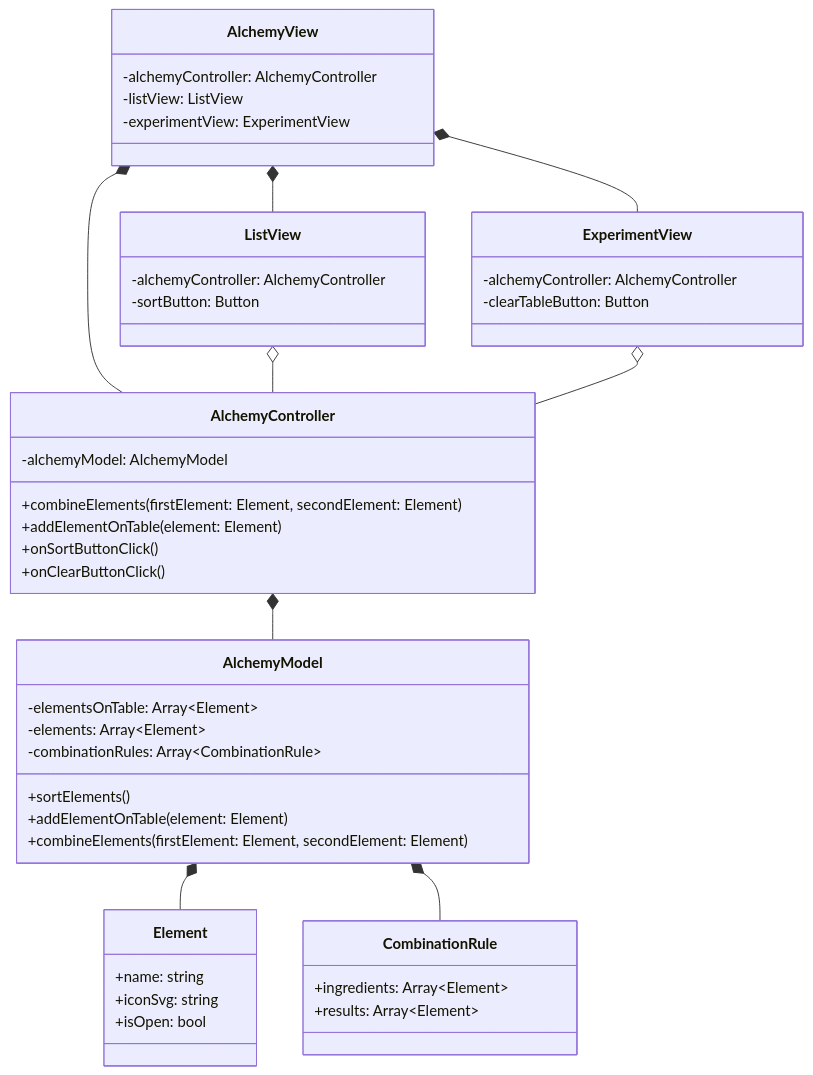
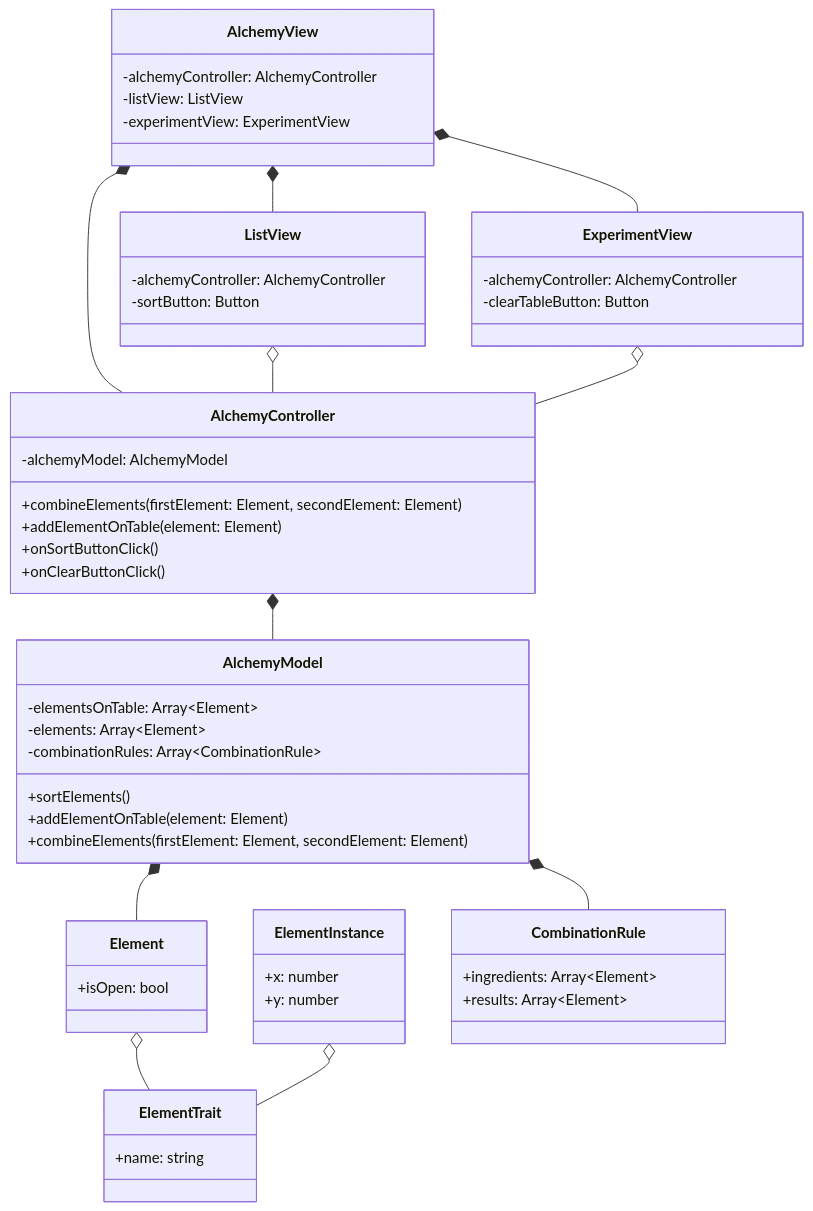
The diagram in lw2/Alchemy/README.md (R4DEONN/cg), drawn with Mermaid before and after one commit. The commit also changed 41 other files, not shown here.

````diff
--- a/lw2/Alchemy/README.md
+++ b/lw2/Alchemy/README.md
@@ -1,57 +1,67 @@
 ```mermaid
 classDiagram
     class AlchemyView {
         -alchemyController: AlchemyController
         -listView: ListView
         -experimentView: ExperimentView
     }
     class ListView {
         -alchemyController: AlchemyController
         -sortButton: Button
     }
     class ExperimentView {
         -alchemyController: AlchemyController
         -clearTableButton: Button
     }
     
     class AlchemyModel {
         -elementsOnTable: Array~Element~
         -elements: Array~Element~
         -combinationRules: Array~CombinationRule~
         
         +sortElements()
         +addElementOnTable(element: Element)
         +combineElements(firstElement: Element, secondElement: Element)
     }
     
     class AlchemyController {
         -alchemyModel: AlchemyModel
         
         +combineElements(firstElement: Element, secondElement: Element)
         +addElementOnTable(element: Element)
         +onSortButtonClick()
         +onClearButtonClick()
     }
     
+    class ElementTrait {
+        +name: string
+    }
+    
+    class ElementInstance {
+        +x: number
+        +y: number
+    }
+    
     class Element {
-        +name: string
-        +iconSvg: string
         +isOpen: bool
     }
 
     class CombinationRule {
         +ingredients: Array~Element~
         +results: Array~Element~
     }
     
     AlchemyView *-- AlchemyController
     AlchemyView *-- ListView
     AlchemyView *-- ExperimentView
     AlchemyController *-- AlchemyModel
 
     ListView o-- AlchemyController
     ExperimentView o-- AlchemyController
     
     AlchemyModel *-- Element
     AlchemyModel *-- CombinationRule
+    
+    Element o-- ElementTrait
+    ElementInstance o-- ElementTrait
 ```
````
